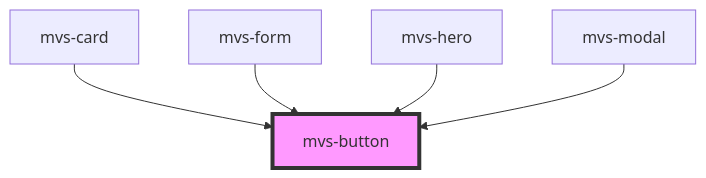
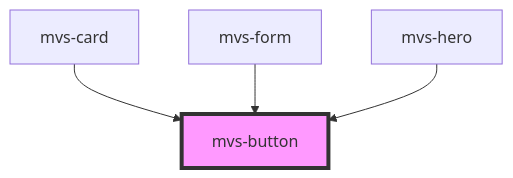
The diagram in src/components/inputs/mvs-button/readme.md (rafaela-vairo/mvs-design-system), drawn with Mermaid before and after one commit. The commit also changed other lines of this file and 7 other files, not shown here.

````diff
--- a/src/components/inputs/mvs-button/readme.md
+++ b/src/components/inputs/mvs-button/readme.md
@@ -30,8 +29,7 @@
 ```mermaid
 graph TD;
   mvs-card --> mvs-button
   mvs-form --> mvs-button
   mvs-hero --> mvs-button
-  mvs-modal --> mvs-button
   style mvs-button fill:#f9f,stroke:#333,stroke-width:4px
 ```
````
